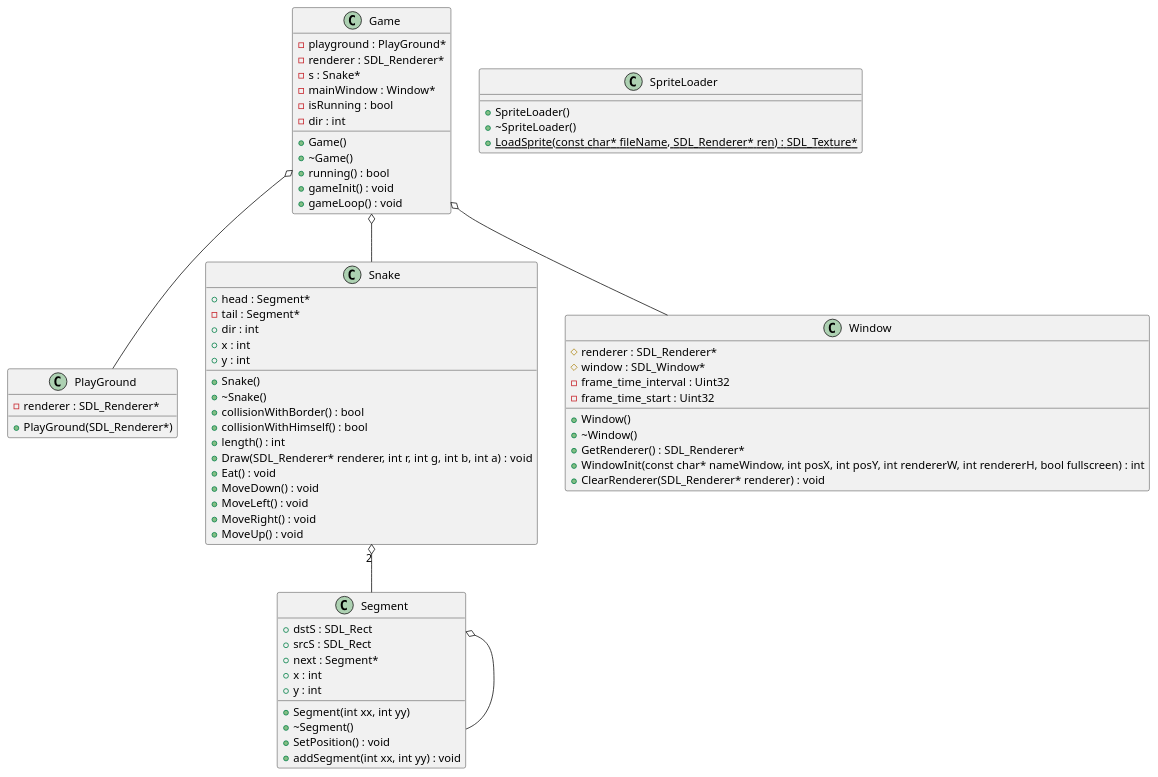
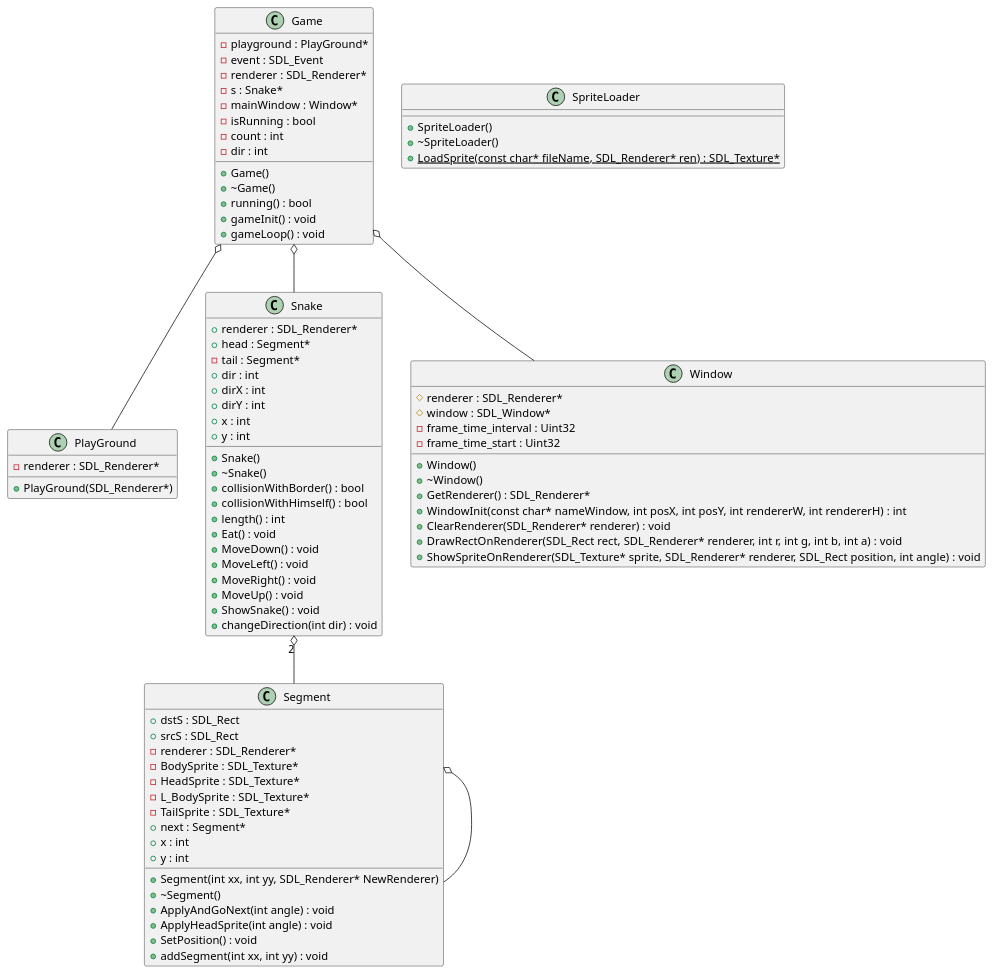
The diagram in orrigine/uml/classes.puml (Zearcus/gtech-b12-snake), drawn with PlantUML before and after one commit. The commit also changed 11 other files, not shown here.

```diff
--- a/orrigine/uml/classes.puml
+++ b/orrigine/uml/classes.puml
@@ -1,116 +1,131 @@
 @startuml
 
 
 
 
 
 /' Objects '/
 
 class Game {
 	+Game()
 	+~Game()
 	-playground : PlayGround*
+	-event : SDL_Event
 	-renderer : SDL_Renderer*
 	-s : Snake*
 	-mainWindow : Window*
 	-isRunning : bool
 	+running() : bool
+	-count : int
 	-dir : int
 	+gameInit() : void
 	+gameLoop() : void
 }
 
 
 class PlayGround {
 	+PlayGround(SDL_Renderer*)
 	-renderer : SDL_Renderer*
 }
 
 
 class Segment {
-	+Segment(int xx, int yy)
+	+Segment(int xx, int yy, SDL_Renderer* NewRenderer)
 	+~Segment()
 	+dstS : SDL_Rect
 	+srcS : SDL_Rect
+	-renderer : SDL_Renderer*
+	-BodySprite : SDL_Texture*
+	-HeadSprite : SDL_Texture*
+	-L_BodySprite : SDL_Texture*
+	-TailSprite : SDL_Texture*
 	+next : Segment*
 	+x : int
 	+y : int
+	+ApplyAndGoNext(int angle) : void
+	+ApplyHeadSprite(int angle) : void
 	+SetPosition() : void
 	+addSegment(int xx, int yy) : void
 }
 
 
 class Snake {
 	+Snake()
 	+~Snake()
+	+renderer : SDL_Renderer*
 	+head : Segment*
 	-tail : Segment*
 	+collisionWithBorder() : bool
 	+collisionWithHimself() : bool
 	+dir : int
+	+dirX : int
+	+dirY : int
 	+length() : int
 	+x : int
 	+y : int
-	+Draw(SDL_Renderer* renderer, int r, int g, int b, int a) : void
 	+Eat() : void
 	+MoveDown() : void
 	+MoveLeft() : void
 	+MoveRight() : void
 	+MoveUp() : void
+	+ShowSnake() : void
+	+changeDirection(int dir) : void
 }
 
 
 class SpriteLoader {
 	+SpriteLoader()
 	+~SpriteLoader()
 	+{static} LoadSprite(const char* fileName, SDL_Renderer* ren) : SDL_Texture*
 }
 
 
 class Window {
 	+Window()
 	+~Window()
 	+GetRenderer() : SDL_Renderer*
 	#renderer : SDL_Renderer*
 	#window : SDL_Window*
 	-frame_time_interval : Uint32
 	-frame_time_start : Uint32
-	+WindowInit(const char* nameWindow, int posX, int posY, int rendererW, int rendererH, bool fullscreen) : int
+	+WindowInit(const char* nameWindow, int posX, int posY, int rendererW, int rendererH) : int
 	+ClearRenderer(SDL_Renderer* renderer) : void
+	+DrawRectOnRenderer(SDL_Rect rect, SDL_Renderer* renderer, int r, int g, int b, int a) : void
+	+ShowSpriteOnRenderer(SDL_Texture* sprite, SDL_Renderer* renderer, SDL_Rect position, int angle) : void
 }
 
 
 
 
 
 /' Inheritance relationships '/
 
 
 
 
 /' Aggregation relationships '/
 
 .Game o-- .PlayGround
 
 
 .Game o-- .Snake
 
 
 .Game o-- .Window
 
 
 .Segment o-- .Segment
 
 
 .Snake "2" o-- .Segment
 
 
 
 
 
 
 /' Nested objects '/
 
 
 
 @enduml
```
